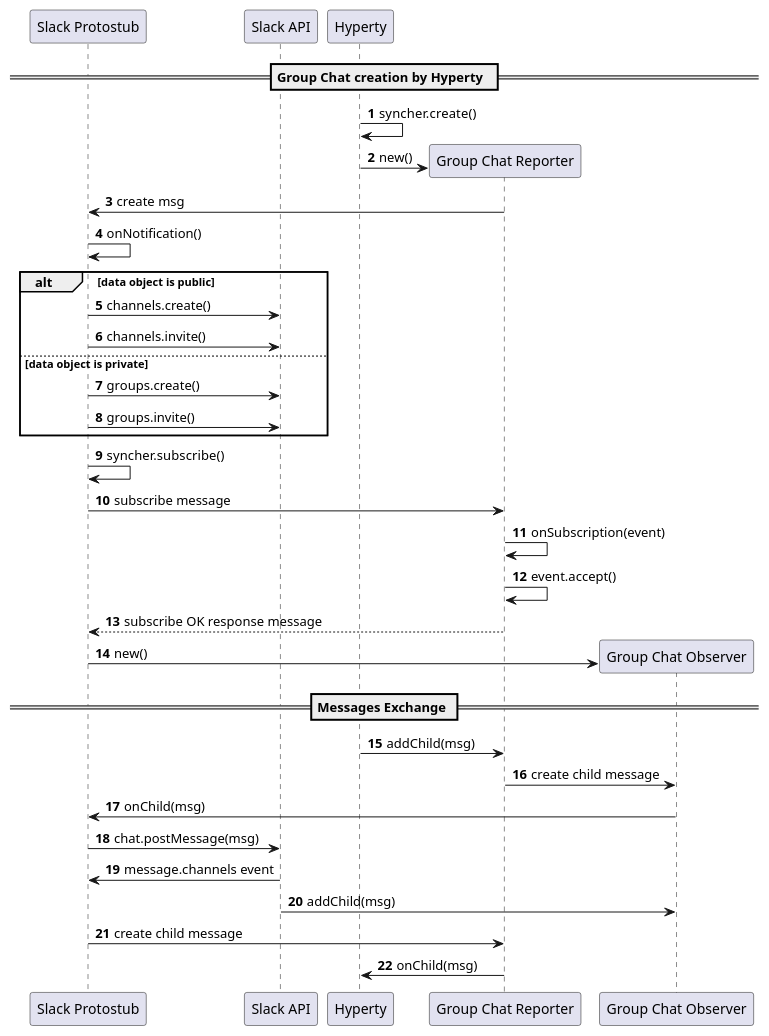
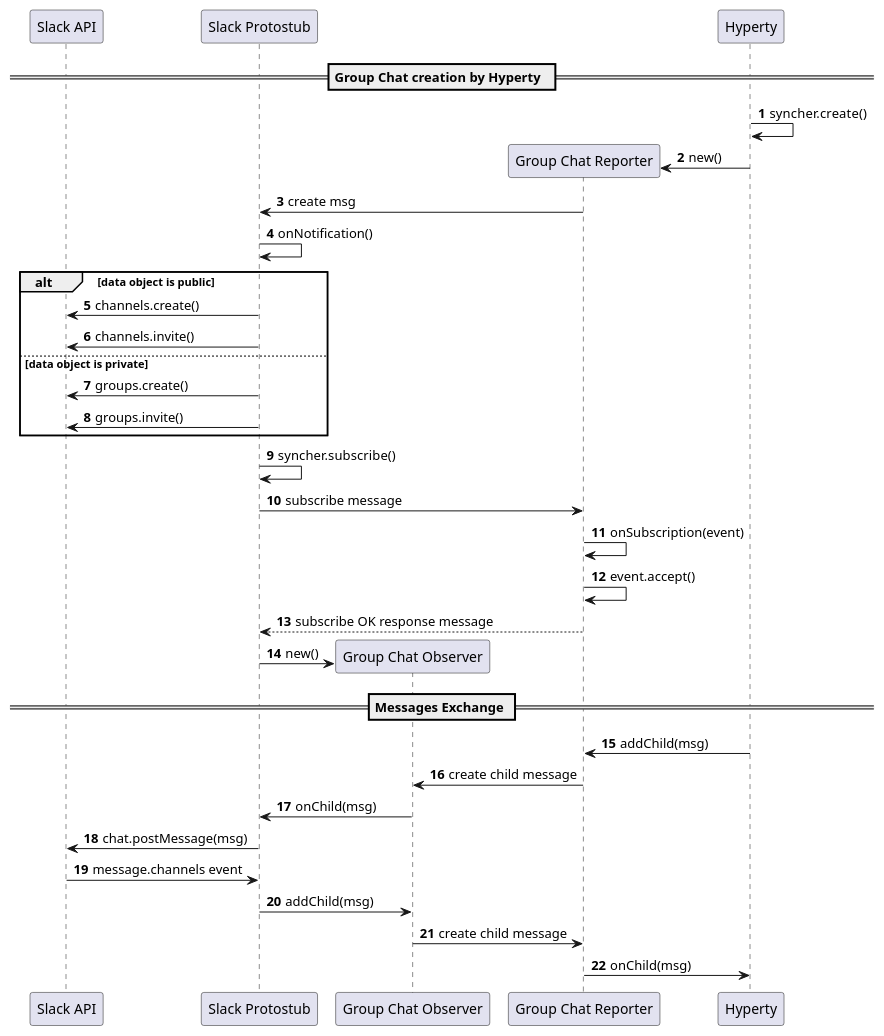
The diagram in src/protostub/slack/create-slack-channel.plantuml (reTHINK-project/dev-protostubs), drawn with PlantUML before and after one commit. The commit also changed 4 other files, not shown here.

```diff
--- a/src/protostub/slack/create-slack-channel.plantuml
+++ b/src/protostub/slack/create-slack-channel.plantuml
@@ -2,60 +2,60 @@
 @startuml "create-slack-channel.png"
 
 autonumber
 
+participant "Slack API" as api
 participant "Slack Protostub" as stub
-participant "Slack API" as api
+participant "Group Chat Observer" as chatO
+participant "Group Chat Reporter" as chat
 participant "Hyperty" as hy
-participant "Group Chat Reporter" as chat
-participant "Group Chat Observer" as chatO
 
 == Group Chat creation by Hyperty  ==
 
 hy -> hy : syncher.create()
 
 create chat
 hy -> chat : new()
 
 chat -> stub : create msg
 
 stub -> stub : onNotification()
 
 alt data object is public
   stub -> api : channels.create()
   stub -> api : channels.invite()
 else data object is private
   stub -> api : groups.create()
   stub -> api : groups.invite()
 end
 
 stub -> stub : syncher.subscribe()
 
 
 stub -> chat : subscribe message
 chat -> chat : onSubscription(event)
 chat -> chat : event.accept()
 
 stub <-- chat : subscribe OK response message
 
 create chatO
 stub -> chatO : new()
 
 == Messages Exchange ==
 
 hy -> chat : addChild(msg)
 
 chat -> chatO : create child message
 
 chatO -> stub : onChild(msg)
 
 stub -> api : chat.postMessage(msg)
 
 api -> stub : message.channels event
 
-chatO <- api : addChild(msg)
+chatO <- stub : addChild(msg)
 
-chat <- stub : create child message
+chat <- chatO : create child message
 
 hy <- chat : onChild(msg)
 
 @enduml
```
